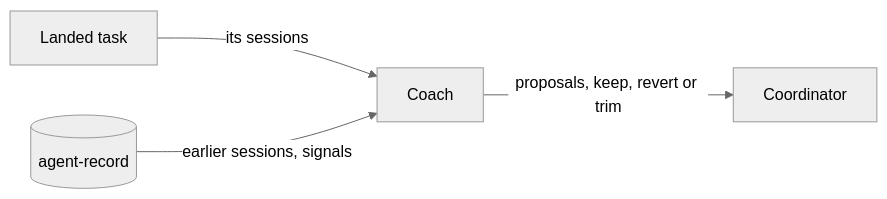
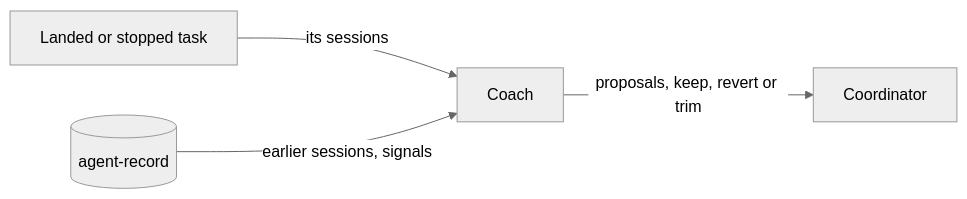
One commit to cniska/agent-skills changed the third of 4 diagrams in docs/loops.md. Above: the diagram before and after it, drawn with Mermaid (neutral theme). The commit also changed other lines of this file and 6 other files, not shown here.

````diff
--- a/docs/loops.md
+++ b/docs/loops.md
@@ -62,6 +63,6 @@
 ```mermaid
 flowchart LR
-  task["Landed task"] -- "its sessions" --> coach["Coach"]
+  task["Landed or stopped task"] -- "its sessions" --> coach["Coach"]
   rec[("agent-record")] -- "earlier sessions, signals" --> coach
   coach -- "proposals, keep, revert or trim" --> lead["Coordinator"]
 ```
````
